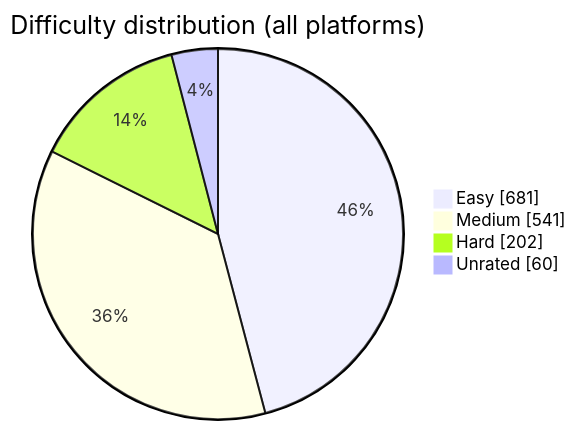
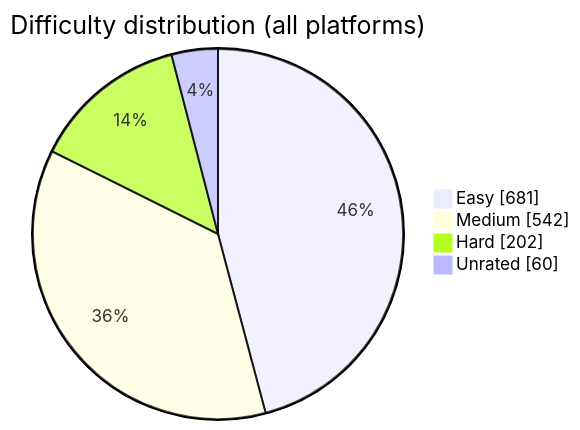
The diagram in README.md (BuildbyArindam/Daily-Coding-Log), drawn with Mermaid before and after one commit. The commit also changed other lines of this file, not shown here.

````diff
--- a/README.md
+++ b/README.md
@@ -93,7 +93,7 @@
 ```mermaid
 pie showData title Difficulty distribution (all platforms)
     "Easy" : 681
-    "Medium" : 541
+    "Medium" : 542
     "Hard" : 202
     "Unrated" : 60
 ```
````
